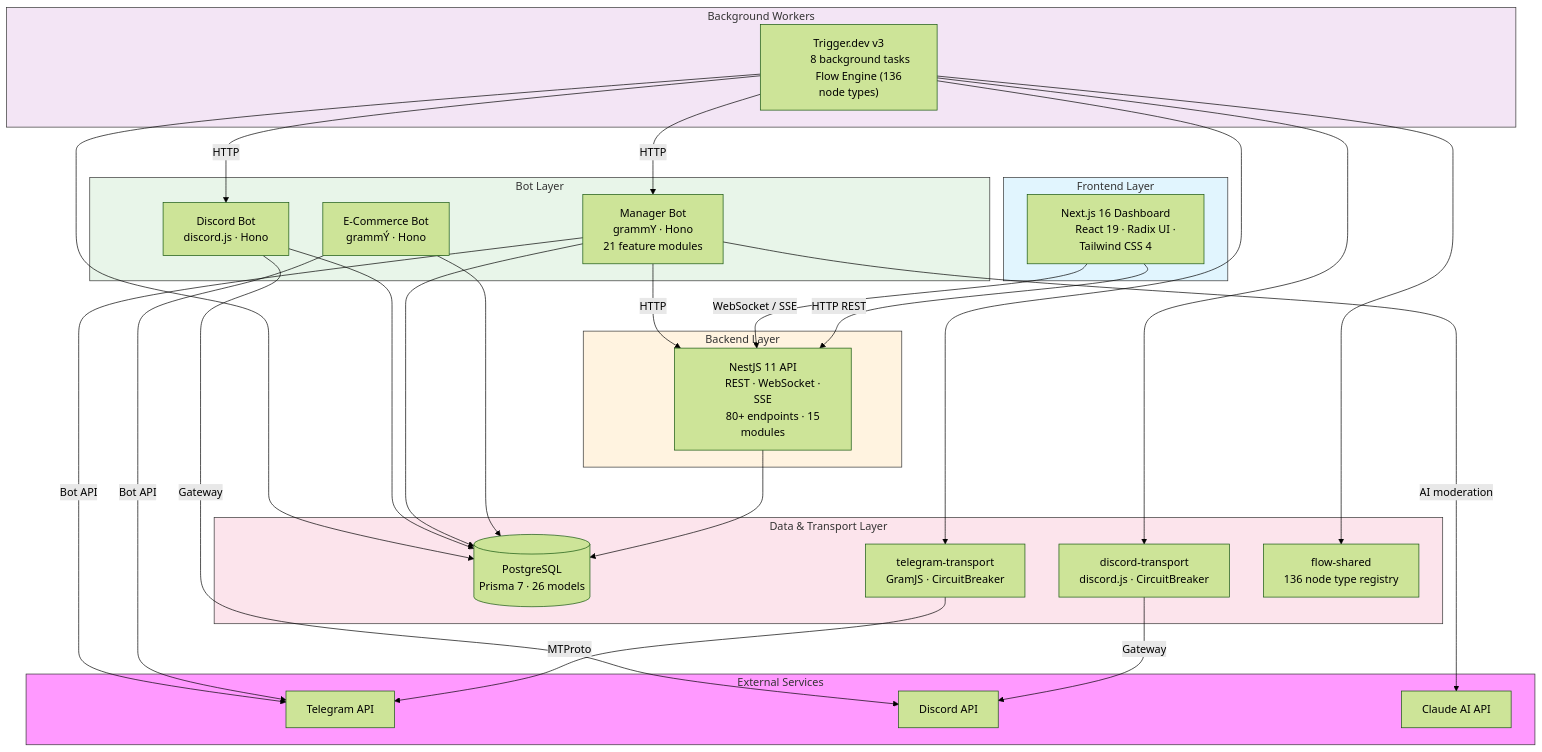
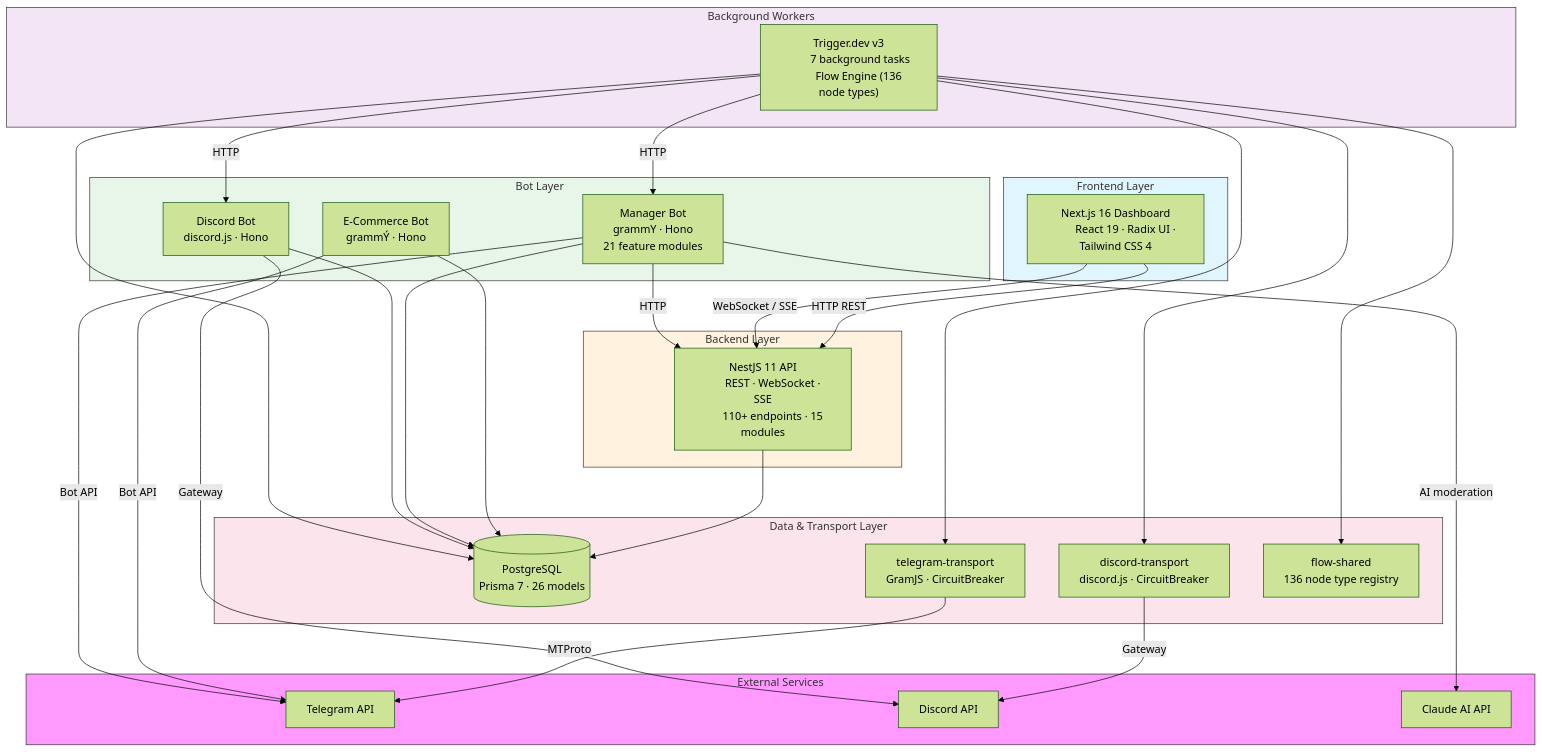
Before and after one commit to kolezka/flowbot: the first of 7 diagrams in README.md, drawn with Mermaid (forest theme). The commit also changed other lines of this file and 21 other files, not shown here.

````diff
--- a/README.md
+++ b/README.md
@@ -80,76 +80,76 @@
 ```mermaid
 graph TB
     subgraph External["External Services"]
         TG["Telegram API"]
         DC["Discord API"]
         AI["Claude AI API"]
     end
 
     subgraph Frontend["Frontend Layer"]
         FE["Next.js 16 Dashboard
         React 19 &middot; Radix UI &middot; Tailwind CSS 4"]
     end
 
     subgraph Backend["Backend Layer"]
         API["NestJS 11 API
         REST &middot; WebSocket &middot; SSE
-        80+ endpoints &middot; 15 modules"]
+        110+ endpoints &middot; 15 modules"]
     end
 
     subgraph Bots["Bot Layer"]
         BOT["E-Commerce Bot
         gramm&Yacute; &middot; Hono"]
         MB["Manager Bot
         grammY &middot; Hono
         21 feature modules"]
         DB_BOT["Discord Bot
         discord.js &middot; Hono"]
     end
 
     subgraph Workers["Background Workers"]
         TRIGGER["Trigger.dev v3
-        8 background tasks
+        7 background tasks
         Flow Engine (136 node types)"]
     end
 
     subgraph Data["Data & Transport Layer"]
         DB[("PostgreSQL
         Prisma 7 &middot; 26 models")]
         TG_TR["telegram-transport
         GramJS &middot; CircuitBreaker"]
         DC_TR["discord-transport
         discord.js &middot; CircuitBreaker"]
         FS["flow-shared
         136 node type registry"]
     end
 
     FE -->|"HTTP REST"| API
     FE -->|"WebSocket / SSE"| API
 
     API --> DB
     BOT --> DB
     MB --> DB
     DB_BOT --> DB
     TRIGGER --> DB
 
     MB -->|"HTTP"| API
     TRIGGER -->|"HTTP"| MB
     TRIGGER -->|"HTTP"| DB_BOT
     TRIGGER --> TG_TR
     TRIGGER --> DC_TR
     TRIGGER --> FS
 
     TG_TR -->|"MTProto"| TG
     DC_TR -->|"Gateway"| DC
     BOT -->|"Bot API"| TG
     MB -->|"Bot API"| TG
     MB -->|"AI moderation"| AI
     DB_BOT -->|"Gateway"| DC
 
     style External fill:#f9f,stroke:#333,stroke-width:1px
     style Frontend fill:#e1f5fe,stroke:#333,stroke-width:1px
     style Backend fill:#fff3e0,stroke:#333,stroke-width:1px
     style Bots fill:#e8f5e9,stroke:#333,stroke-width:1px
     style Workers fill:#f3e5f5,stroke:#333,stroke-width:1px
     style Data fill:#fce4ec,stroke:#333,stroke-width:1px
 ```
````
